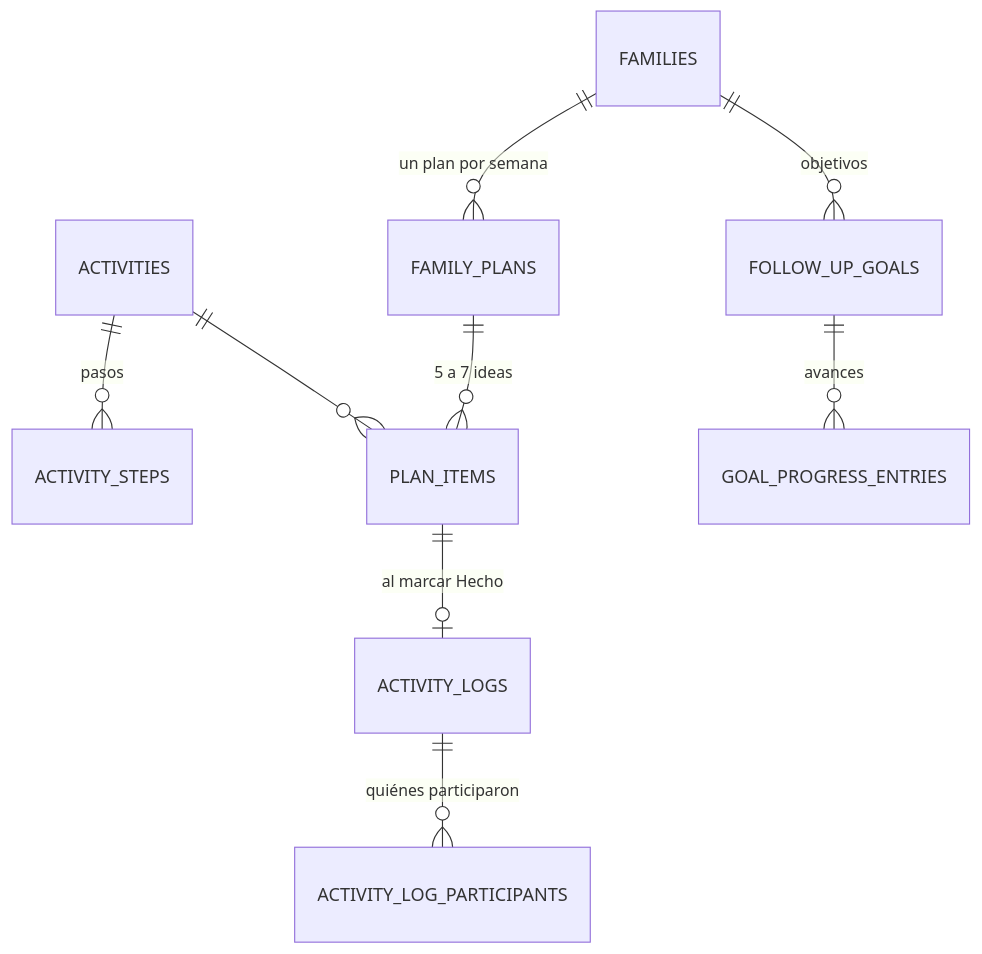
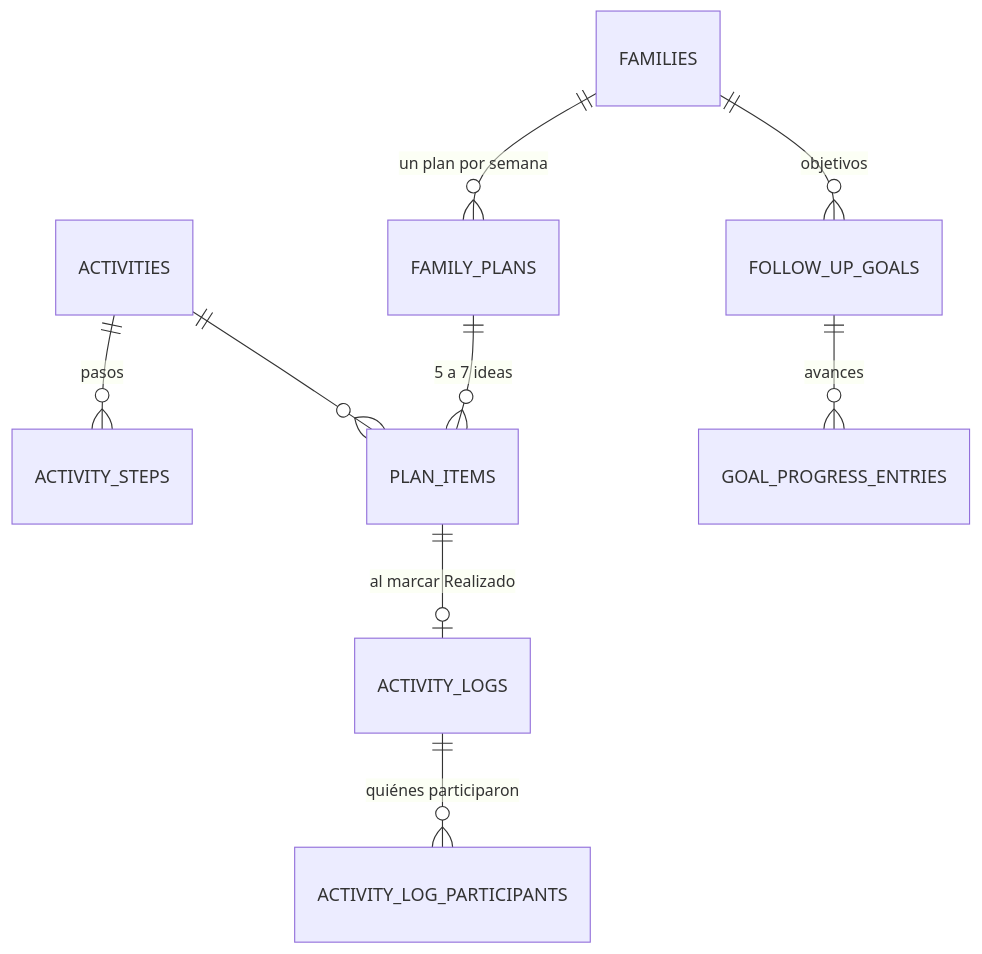
The fifth of 7 diagrams in docs/GUIA_DE_ESTUDIO.md (TrofaErqueagaJoaquin/Proyecto-Final), drawn with Mermaid before and after one commit. The commit also changed other lines of this file and 8 other files, not shown here.

````diff
--- a/docs/GUIA_DE_ESTUDIO.md
+++ b/docs/GUIA_DE_ESTUDIO.md
@@ -159,11 +161,11 @@
 ```mermaid
 erDiagram
   ACTIVITIES ||--o{ ACTIVITY_STEPS : "pasos"
   FAMILIES ||--o{ FAMILY_PLANS : "un plan por semana"
   FAMILY_PLANS ||--o{ PLAN_ITEMS : "5 a 7 ideas"
   ACTIVITIES ||--o{ PLAN_ITEMS : ""
-  PLAN_ITEMS ||--o| ACTIVITY_LOGS : "al marcar Hecho"
+  PLAN_ITEMS ||--o| ACTIVITY_LOGS : "al marcar Realizado"
   ACTIVITY_LOGS ||--o{ ACTIVITY_LOG_PARTICIPANTS : "quiénes participaron"
   FAMILIES ||--o{ FOLLOW_UP_GOALS : "objetivos"
   FOLLOW_UP_GOALS ||--o{ GOAL_PROGRESS_ENTRIES : "avances"
 ```
````
